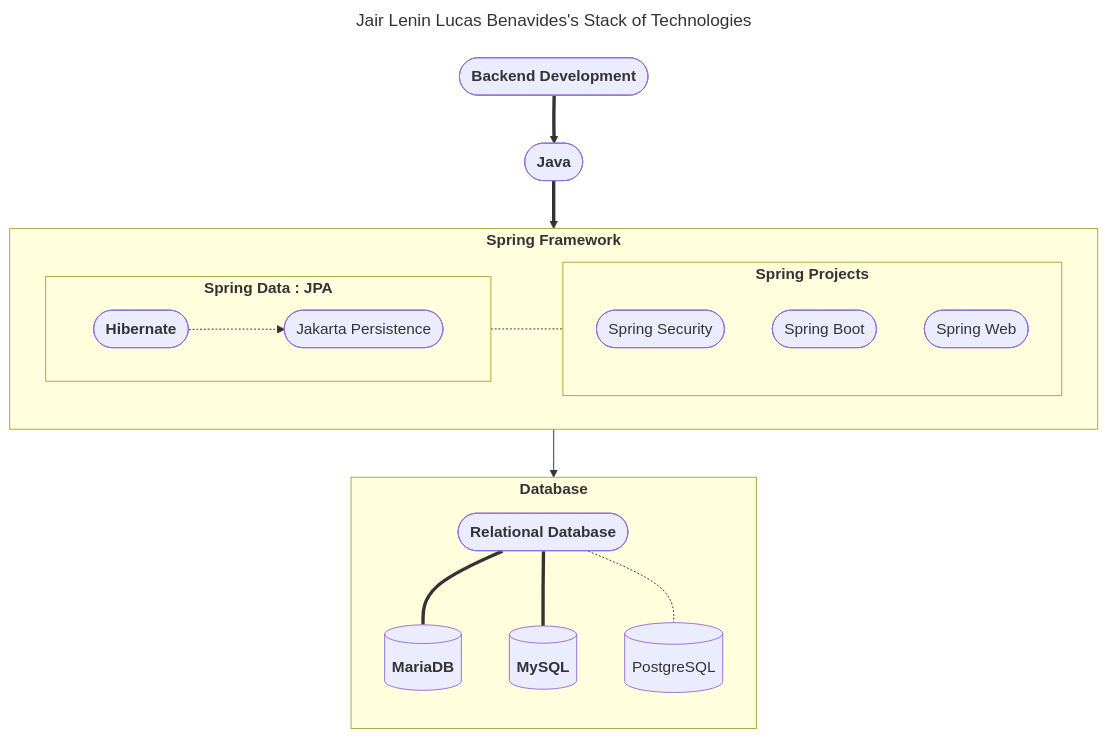
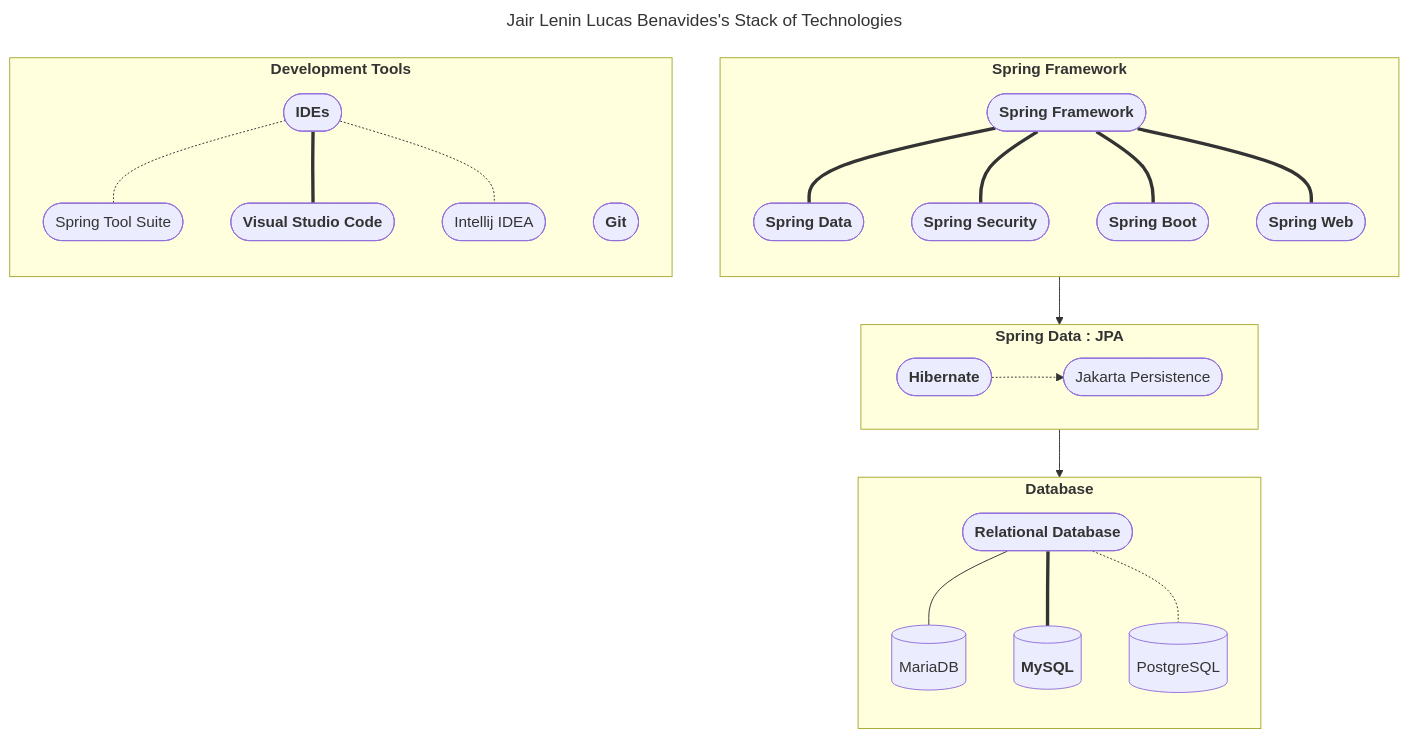
One commit to jairlucasbe/jairlucasbe changed the diagram in README.md. Above: the diagram before and after it, drawn with Mermaid. The commit also changed other lines of this file, not shown here.

Commit message:
Mejora del grafico de Stacks

````diff
--- a/README.md
+++ b/README.md
@@ -54,31 +54,39 @@
 ```mermaid
 ---
 title: Jair Lenin Lucas Benavides's Stack of Technologies
 ---
-flowchart TB
-	relational_database(["`**Relational Database**`"])
-	backend_development(["`**Backend Development**`"])
-	java(["`**Java**`"])
-	subgraph spring_framework["`**Spring Framework**`"]
+flowchart
+	subgraph spring["`**Spring Framework**`"]
+		direction TB
+		spring-framework(["`**Spring Framework**`"])
+		spring-framework === spring-data(["`**Spring Data**`"])
+		spring-framework === spring-security(["`**Spring Security**`"])
+		spring-framework === spring-boot(["`**Spring Boot**`"])
+		spring-framework === spring-web(["`**Spring Web**`"])
+	end
+	
+	subgraph spring_data["`**Spring Data : JPA**`"]
 		direction LR
-		subgraph spring_data["`**Spring Data : JPA**`"]
-			direction LR
-			hibernate(["`**Hibernate**  `"]) -.-> jakarta_persistence(["`Jakarta Persistence`"])
-		end
-		subgraph spring_projects["`**Spring Projects**`"]
-			spring-security([Spring Security])
-			spring-boot([Spring Boot])
-			spring-web([Spring Web])
-		end
-		spring_data -.- spring_projects
+		hibernate(["`**Hibernate**  `"]) -.-> jakarta_persistence(["`Jakarta Persistence`"])
 	end
-	spring_data --> database
+
 	subgraph database["`**Database**`"]
 		direction TB
-		relational_database === mariadb[("`**MariaDB**`")]
+		relational_database(["`**Relational Database**`"])
+		relational_database --- mariadb[(MariaDB)]
 		relational_database === mysql[("`**MySQL**`")]
 		relational_database -.- postgresql[(PostgreSQL)]
 	end
-	backend_development ==> java
-	java ==> spring_framework
+
+	subgraph development_tools["`**Development Tools**`"]
+		direction TB
+		ides(["`**IDEs**`"])
+		git(["`**Git**`"])
+		ides -.- spring_tool_suite([Spring Tool Suite])
+		ides === visual_studio_code(["`**Visual Studio Code**`"])
+		ides -.- intellij_idea([Intellij IDEA])
+	end
+
+	spring-data --> spring_data
+	spring_data --> database
 ```
````
